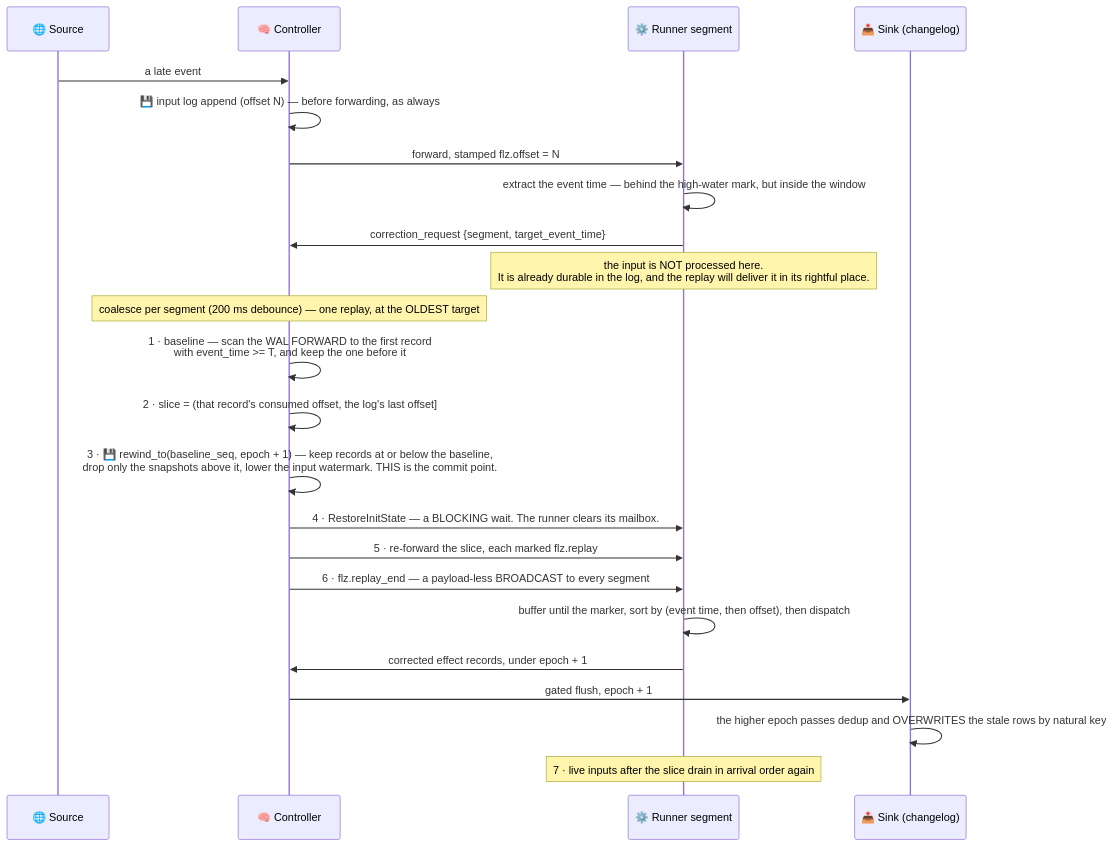
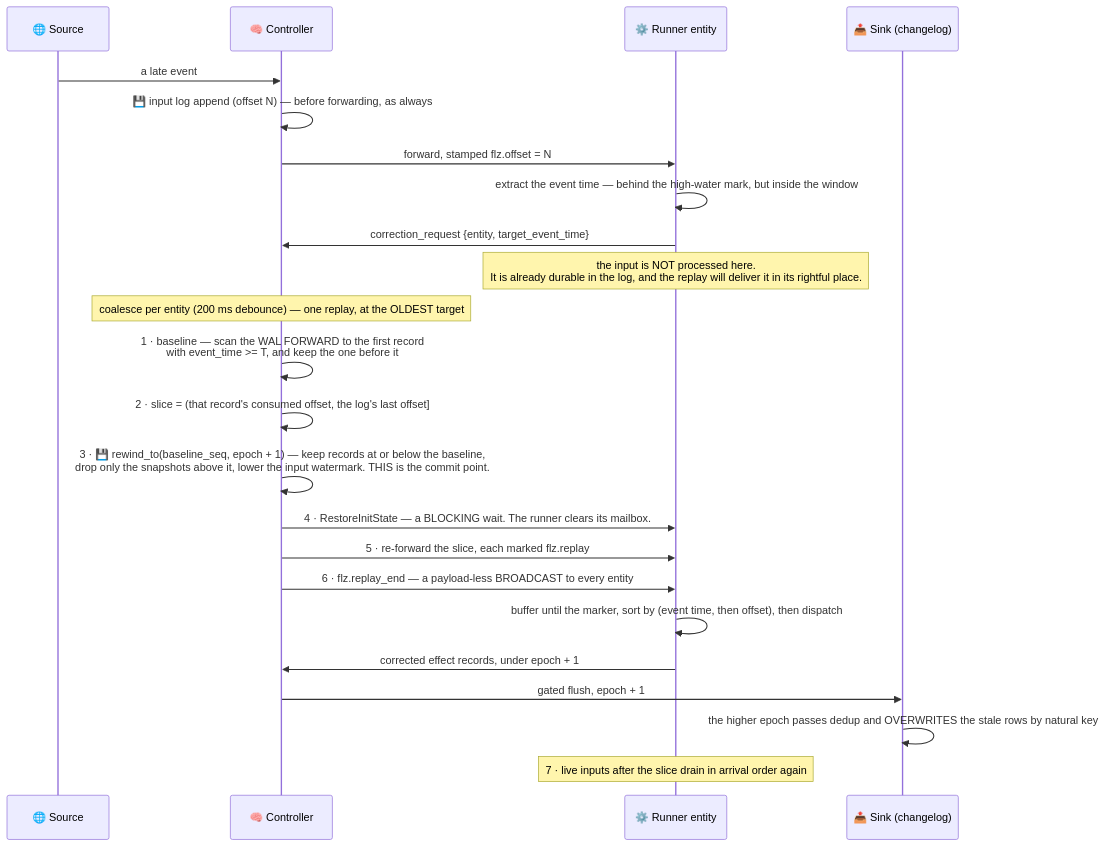
One commit to Flezha/flezha changed the fifth of 5 diagrams in docs/architecture/unbounded_profile.md. Above: the diagram before and after it, drawn with Mermaid. The commit also changed other lines of this file and 658 other files, not shown here.

````diff
--- a/docs/architecture/unbounded_profile.md
+++ b/docs/architecture/unbounded_profile.md
@@ -219,27 +219,27 @@
 ```mermaid
 sequenceDiagram
     participant SRC as 🌐 Source
     participant CTRL as 🧠 Controller
-    participant EX as ⚙️ Runner segment
+    participant EX as ⚙️ Runner entity
     participant SINK as 📤 Sink (changelog)
 
     SRC->>CTRL: a late event
     CTRL->>CTRL: 💾 input log append (offset N) — before forwarding, as always
     CTRL->>EX: forward, stamped flz.offset = N
     EX->>EX: extract the event time — behind the high-water mark, but inside the window
-    EX->>CTRL: correction_request {segment, target_event_time}
+    EX->>CTRL: correction_request {entity, target_event_time}
     Note over EX: the input is NOT processed here.<br/>It is already durable in the log, and the replay will deliver it in its rightful place.
 
-    Note over CTRL: coalesce per segment (200 ms debounce) — one replay, at the OLDEST target
+    Note over CTRL: coalesce per entity (200 ms debounce) — one replay, at the OLDEST target
     CTRL->>CTRL: 1 · baseline — scan the WAL FORWARD to the first record<br/>with event_time >= T, and keep the one before it
     CTRL->>CTRL: 2 · slice = (that record's consumed offset, the log's last offset]
     CTRL->>CTRL: 3 · 💾 rewind_to(baseline_seq, epoch + 1) — keep records at or below the baseline,<br/>drop only the snapshots above it, lower the input watermark. THIS is the commit point.
     CTRL->>EX: 4 · RestoreInitState — a BLOCKING wait. The runner clears its mailbox.
     CTRL->>EX: 5 · re-forward the slice, each marked flz.replay
-    CTRL->>EX: 6 · flz.replay_end — a payload-less BROADCAST to every segment
+    CTRL->>EX: 6 · flz.replay_end — a payload-less BROADCAST to every entity
     EX->>EX: buffer until the marker, sort by (event time, then offset), then dispatch
     EX->>CTRL: corrected effect records, under epoch + 1
     CTRL->>SINK: gated flush, epoch + 1
     SINK->>SINK: the higher epoch passes dedup and OVERWRITES the stale rows by natural key
     Note over EX: 7 · live inputs after the slice drain in arrival order again
 ```
````
